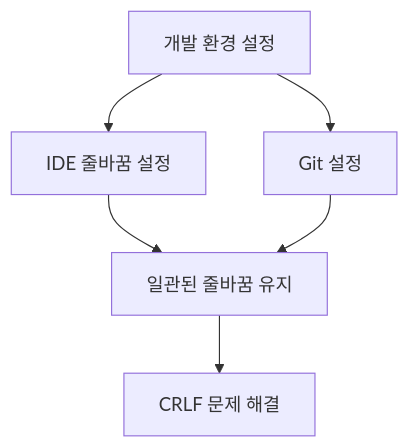
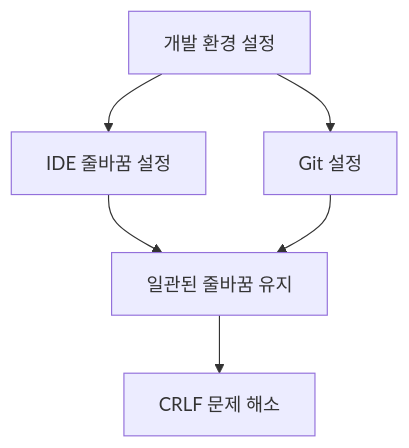
The sixth of 8 diagrams in content/post/2024/2024-10-15-crlf/index.md (42jerrykim/42jerrykim.github.io), drawn with Mermaid before and after one commit. The commit also changed other lines of this file and 239 other files, not shown here.

````diff
--- a/content/post/2024/2024-10-15-crlf/index.md
+++ b/content/post/2024/2024-10-15-crlf/index.md
@@ -457,8 +340,13 @@
 ```mermaid
-graph TD;
-    A[개발 환경 설정] --> B[IDE 줄바꿈 설정];
-    A --> C[Git 설정];
-    B --> D[일관된 줄바꿈 유지];
-    C --> D;
-    D --> E[CRLF 문제 해결];
+graph TD
+    DevEnv["개발 환경 설정"]
+    IdeEol["IDE 줄바꿈 설정"]
+    GitConfig["Git 설정"]
+    ConsistentEol["일관된 줄바꿈 유지"]
+    ProblemSolved["CRLF 문제 해소"]
+    DevEnv --> IdeEol
+    DevEnv --> GitConfig
+    IdeEol --> ConsistentEol
+    GitConfig --> ConsistentEol
+    ConsistentEol --> ProblemSolved
 ```
````
